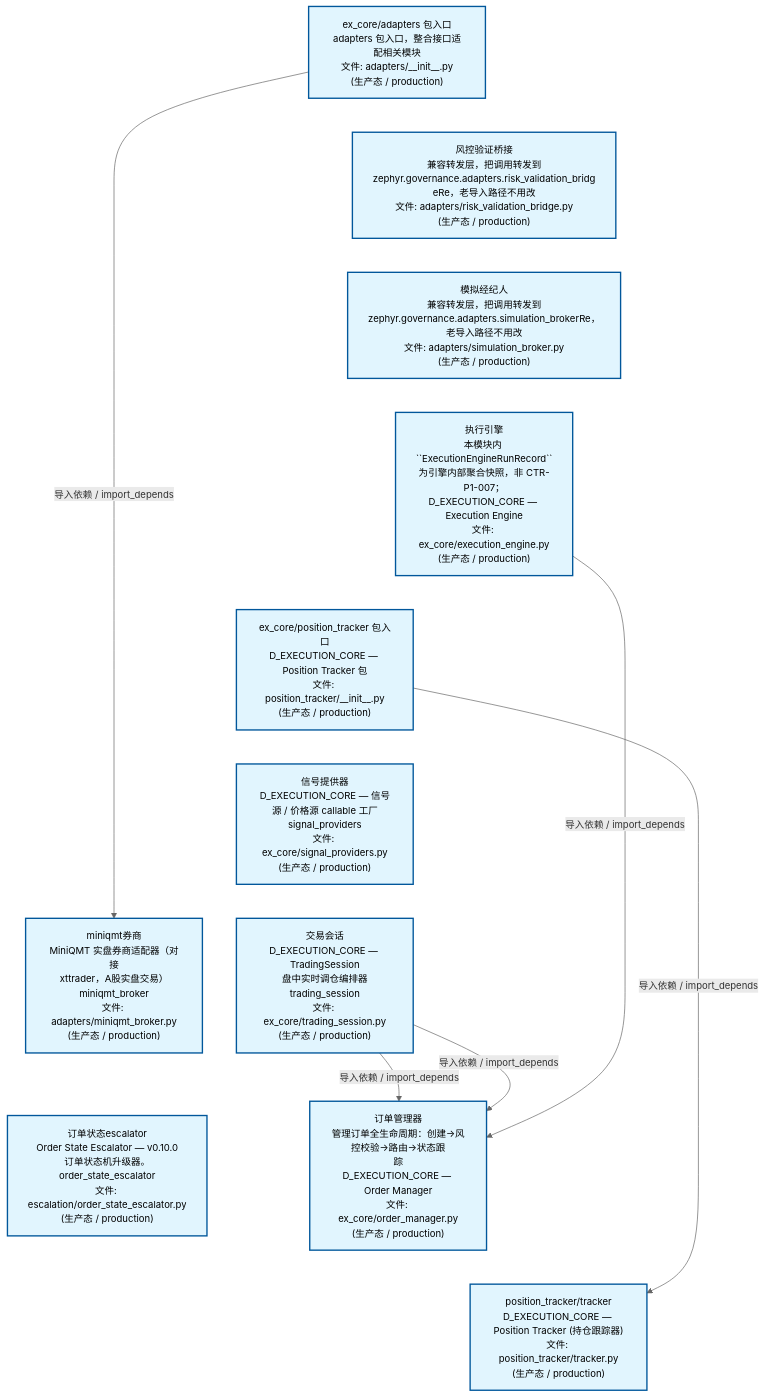
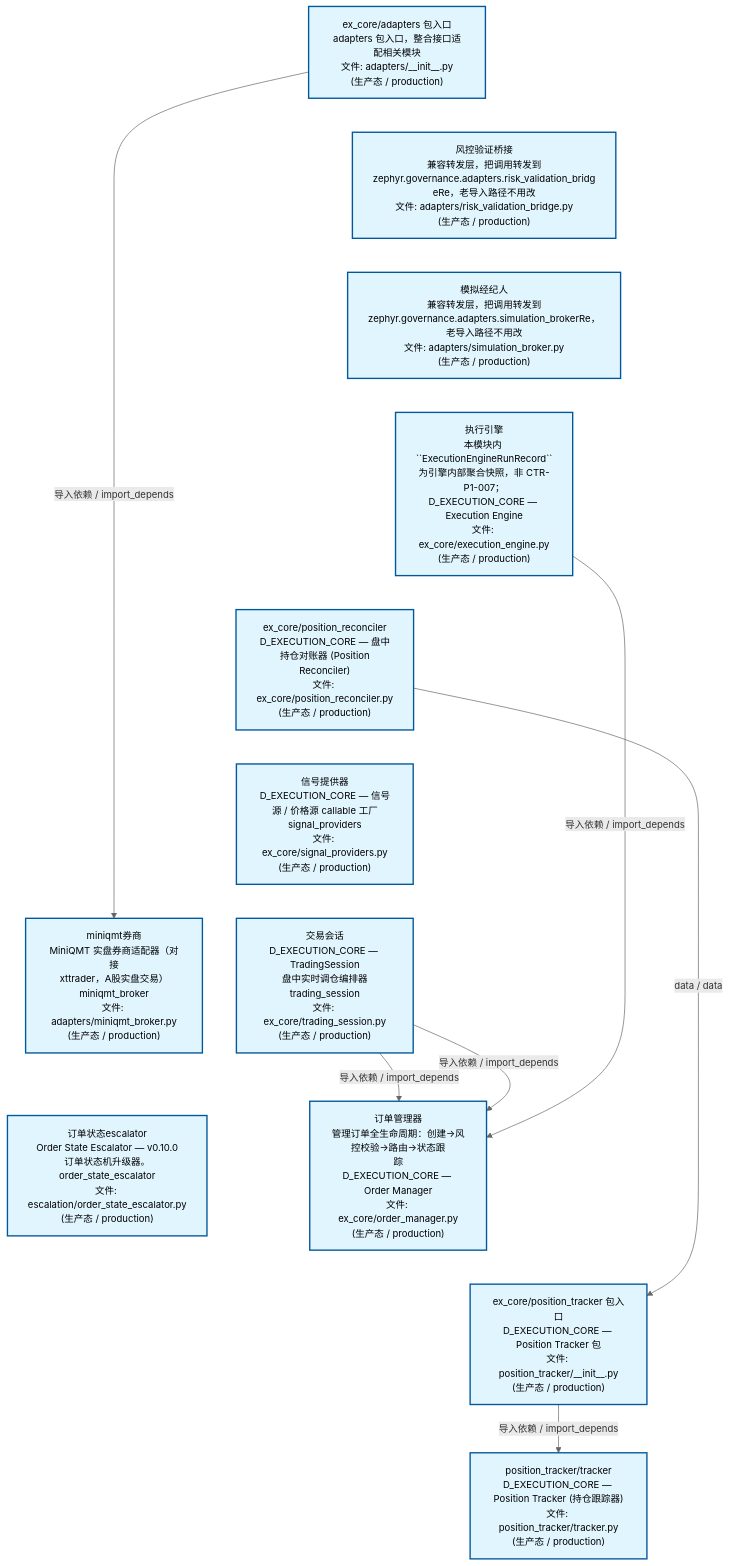
The second of 4 diagrams in docs/02_enterprise_architecture/02_domain_architecture_docs/44_d_ex_core.md (xuanFelixVan/ZephyrAlpha), drawn with Mermaid before and after one commit. The commit also changed other lines of this file and 3 other files, not shown here.

````diff
--- a/docs/02_enterprise_architecture/02_domain_architecture_docs/44_d_ex_core.md
+++ b/docs/02_enterprise_architecture/02_domain_architecture_docs/44_d_ex_core.md
@@ -205,34 +208,36 @@
 ```mermaid
 %%{init: {'theme': 'base', 'themeVariables': {'primaryColor': '#eaeaea', 'primaryTextColor': '#333333', 'primaryBorderColor': '#666666', 'lineColor': '#666666', 'secondaryColor': '#eaeaea', 'tertiaryColor': '#eaeaea', 'fontSize': '14px'}}}%%
 flowchart TD
     src_zephyr_ex_core_adapters_init_py["ex_core/adapters 包入口<br/>adapters 包入口，整合接口适配相关模块<br/>文件: adapters/__init__.py<br/>(生产态 / production)"]
     src_zephyr_ex_core_adapters_risk_validation_bridge_py["风控验证桥接<br/>兼容转发层，把调用转发到<br/>zephyr.governance.adapters.risk_validation_bridg<br/>eRe，老导入路径不用改<br/>文件: adapters/risk_validation_bridge.py<br/>(生产态 / production)"]
     src_zephyr_ex_core_adapters_simulation_broker_py["模拟经纪人<br/>兼容转发层，把调用转发到<br/>zephyr.governance.adapters.simulation_brokerRe，<br/>老导入路径不用改<br/>文件: adapters/simulation_broker.py<br/>(生产态 / production)"]
     src_zephyr_ex_core_execution_engine_py["执行引擎<br/>本模块内 ``ExecutionEngineRunRecord``<br/>为引擎内部聚合快照，非 CTR-P1-007；<br/>D_EXECUTION_CORE — Execution Engine<br/>文件: ex_core/execution_engine.py<br/>(生产态 / production)"]
-    src_zephyr_ex_core_position_tracker_init_py["ex_core/position_tracker 包入口<br/>D_EXECUTION_CORE — Position Tracker 包<br/>文件: position_tracker/__init__.py<br/>(生产态 / production)"]
+    src_zephyr_ex_core_position_reconciler_py["ex_core/position_reconciler<br/>D_EXECUTION_CORE — 盘中持仓对账器 (Position<br/>Reconciler)<br/>文件: ex_core/position_reconciler.py<br/>(生产态 / production)"]
     src_zephyr_ex_core_signal_providers_py["信号提供器<br/>D_EXECUTION_CORE — 信号源 / 价格源 callable 工厂<br/>signal_providers<br/>文件: ex_core/signal_providers.py<br/>(生产态 / production)"]
     src_zephyr_ex_core_trading_session_py["交易会话<br/>D_EXECUTION_CORE — TradingSession<br/>盘中实时调仓编排器<br/>trading_session<br/>文件: ex_core/trading_session.py<br/>(生产态 / production)"]
     src_zephyr_governance_escalation_order_state_escalator_py["订单状态escalator<br/>Order State Escalator — v0.10.0<br/>订单状态机升级器。<br/>order_state_escalator<br/>文件: escalation/order_state_escalator.py<br/>(生产态 / production)"]
     src_zephyr_ex_core_adapters_init_py ~~~ src_zephyr_ex_core_adapters_risk_validation_bridge_py
     src_zephyr_ex_core_adapters_risk_validation_bridge_py ~~~ src_zephyr_ex_core_adapters_simulation_broker_py
     src_zephyr_ex_core_adapters_simulation_broker_py ~~~ src_zephyr_ex_core_execution_engine_py
-    src_zephyr_ex_core_execution_engine_py ~~~ src_zephyr_ex_core_position_tracker_init_py
-    src_zephyr_ex_core_position_tracker_init_py ~~~ src_zephyr_ex_core_signal_providers_py
+    src_zephyr_ex_core_execution_engine_py ~~~ src_zephyr_ex_core_position_reconciler_py
+    src_zephyr_ex_core_position_reconciler_py ~~~ src_zephyr_ex_core_signal_providers_py
     src_zephyr_ex_core_signal_providers_py ~~~ src_zephyr_ex_core_trading_session_py
     src_zephyr_ex_core_trading_session_py ~~~ src_zephyr_governance_escalation_order_state_escalator_py
     src_zephyr_ex_core_adapters_miniqmt_broker_py["miniqmt券商<br/>MiniQMT 实盘券商适配器（对接<br/>xttrader，A股实盘交易）<br/>miniqmt_broker<br/>文件: adapters/miniqmt_broker.py<br/>(生产态 / production)"]
     src_zephyr_ex_core_order_manager_py["订单管理器<br/>管理订单全生命周期：创建->风控校验->路由->状态跟<br/>踪<br/>D_EXECUTION_CORE — Order Manager<br/>文件: ex_core/order_manager.py<br/>(生产态 / production)"]
+    src_zephyr_ex_core_position_tracker_init_py["ex_core/position_tracker 包入口<br/>D_EXECUTION_CORE — Position Tracker 包<br/>文件: position_tracker/__init__.py<br/>(生产态 / production)"]
+    src_zephyr_ex_core_adapters_miniqmt_broker_py ~~~ src_zephyr_ex_core_order_manager_py
+    src_zephyr_ex_core_order_manager_py ~~~ src_zephyr_ex_core_position_tracker_init_py
     src_zephyr_ex_core_position_tracker_tracker_py["position_tracker/tracker<br/>D_EXECUTION_CORE — Position Tracker (持仓跟踪器)<br/>文件: position_tracker/tracker.py<br/>(生产态 / production)"]
-    src_zephyr_ex_core_adapters_miniqmt_broker_py ~~~ src_zephyr_ex_core_order_manager_py
-    src_zephyr_ex_core_order_manager_py ~~~ src_zephyr_ex_core_position_tracker_tracker_py
+    src_zephyr_ex_core_position_reconciler_py -->|data / data| src_zephyr_ex_core_position_tracker_init_py
     src_zephyr_ex_core_trading_session_py -->|导入依赖 / import_depends| src_zephyr_ex_core_order_manager_py
     src_zephyr_ex_core_trading_session_py -->|导入依赖 / import_depends| src_zephyr_ex_core_order_manager_py
     src_zephyr_ex_core_execution_engine_py -->|导入依赖 / import_depends| src_zephyr_ex_core_order_manager_py
     src_zephyr_ex_core_adapters_init_py -->|导入依赖 / import_depends| src_zephyr_ex_core_adapters_miniqmt_broker_py
     src_zephyr_ex_core_position_tracker_init_py -->|导入依赖 / import_depends| src_zephyr_ex_core_position_tracker_tracker_py
     classDef production fill:#e1f5fe,stroke:#01579b,stroke-width:2px,color:#000
     classDef design fill:#fff3e0,stroke:#e65100,stroke-width:2px,color:#000,stroke-dasharray: 5 5
     classDef external_prod fill:#e8f4fd,stroke:#0277bd,stroke-width:1px,color:#000
     classDef external_design fill:#fff8e7,stroke:#ef6c00,stroke-width:1px,color:#000,stroke-dasharray: 5 5
-    class src_zephyr_ex_core_adapters_init_py,src_zephyr_ex_core_adapters_miniqmt_broker_py,src_zephyr_ex_core_adapters_risk_validation_bridge_py,src_zephyr_ex_core_adapters_simulation_broker_py,src_zephyr_ex_core_execution_engine_py,src_zephyr_ex_core_order_manager_py,src_zephyr_ex_core_position_tracker_init_py,src_zephyr_ex_core_position_tracker_tracker_py,src_zephyr_ex_core_signal_providers_py,src_zephyr_ex_core_trading_session_py,src_zephyr_governance_escalation_order_state_escalator_py production
+    class src_zephyr_ex_core_adapters_init_py,src_zephyr_ex_core_adapters_miniqmt_broker_py,src_zephyr_ex_core_adapters_risk_validation_bridge_py,src_zephyr_ex_core_adapters_simulation_broker_py,src_zephyr_ex_core_execution_engine_py,src_zephyr_ex_core_order_manager_py,src_zephyr_ex_core_position_reconciler_py,src_zephyr_ex_core_position_tracker_init_py,src_zephyr_ex_core_position_tracker_tracker_py,src_zephyr_ex_core_signal_providers_py,src_zephyr_ex_core_trading_session_py,src_zephyr_governance_escalation_order_state_escalator_py production
 ```
````
